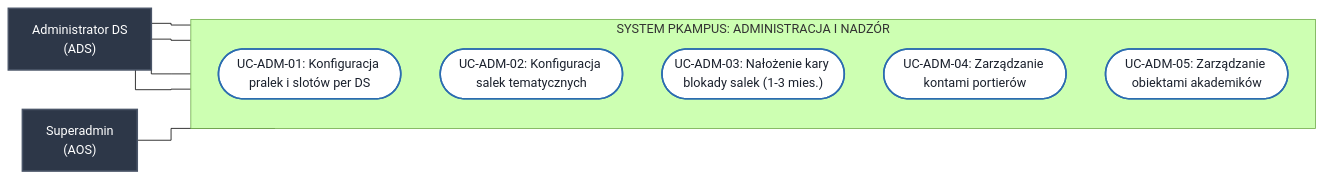
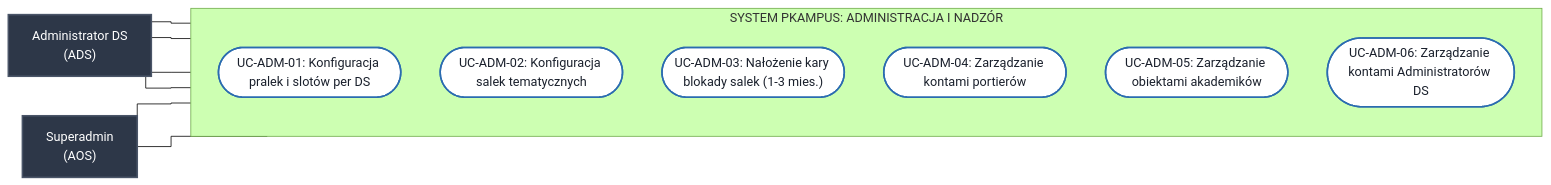
One commit to Buczy8/PKampus changed the eighth of 8 diagrams in Docs/Diagramy_Przypadkow_Uzycia.md. Above: the diagram before and after it, drawn with Mermaid (forest theme). The commit also changed other lines of this file and 4 other files, not shown here.

Commit message:
docs: update use case diagrams and database model for room booking and maintenance features

````diff
--- a/Docs/Diagramy_Przypadkow_Uzycia.md
+++ b/Docs/Diagramy_Przypadkow_Uzycia.md
@@ -283,26 +293,28 @@
 ```mermaid
 %%{init: {'flowchart': {'curve': 'stepBefore'}}}%%
 flowchart LR
     classDef actorStyle fill:#2d3748,stroke:#4a5568,stroke-width:2px,color:#fff;
     classDef ucStyle fill:#fff,stroke:#2b6cb0,stroke-width:2px,color:#1a202c;
 
     AdminDS["Administrator DS<br/>(ADS)"]:::actorStyle
 
     subgraph System_Admin ["SYSTEM PKAMPUS: ADMINISTRACJA I NADZÓR"]
         direction TB
         UC_ADM_01(["UC-ADM-01: Konfiguracja pralek i slotów per DS"]):::ucStyle
         UC_ADM_02(["UC-ADM-02: Konfiguracja salek tematycznych"]):::ucStyle
         UC_ADM_03(["UC-ADM-03: Nałożenie kary blokady salek (1-3 mies.)"]):::ucStyle
         UC_ADM_04(["UC-ADM-04: Zarządzanie kontami portierów"]):::ucStyle
         UC_ADM_05(["UC-ADM-05: Zarządzanie obiektami akademików"]):::ucStyle
+        UC_ADM_06(["UC-ADM-06: Zarządzanie kontami Administratorów DS"]):::ucStyle
     end
 
     SuperAdmin["Superadmin<br/>(AOS)"]:::actorStyle
 
     AdminDS --- UC_ADM_01
     AdminDS --- UC_ADM_02
     AdminDS --- UC_ADM_03
     AdminDS --- UC_ADM_04
 
     SuperAdmin --- UC_ADM_05
+    SuperAdmin --- UC_ADM_06
 ```
````
